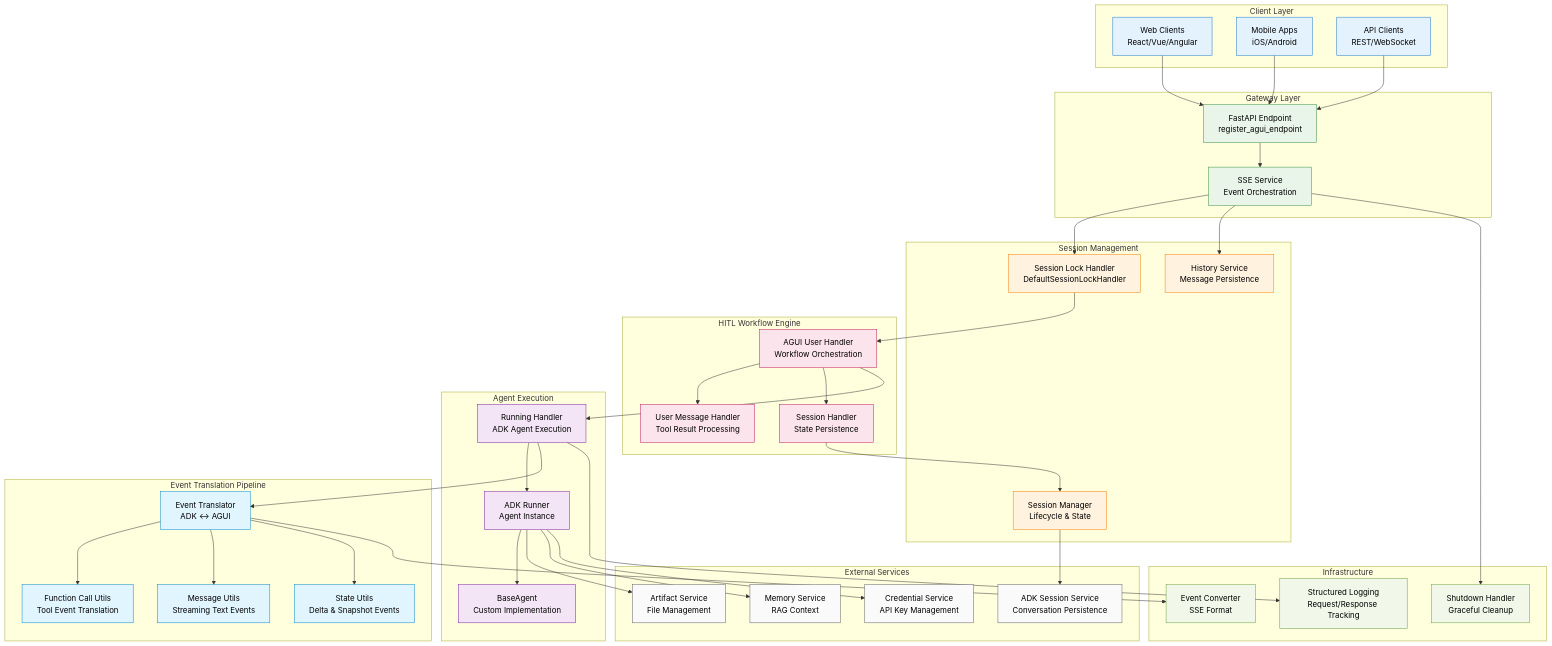
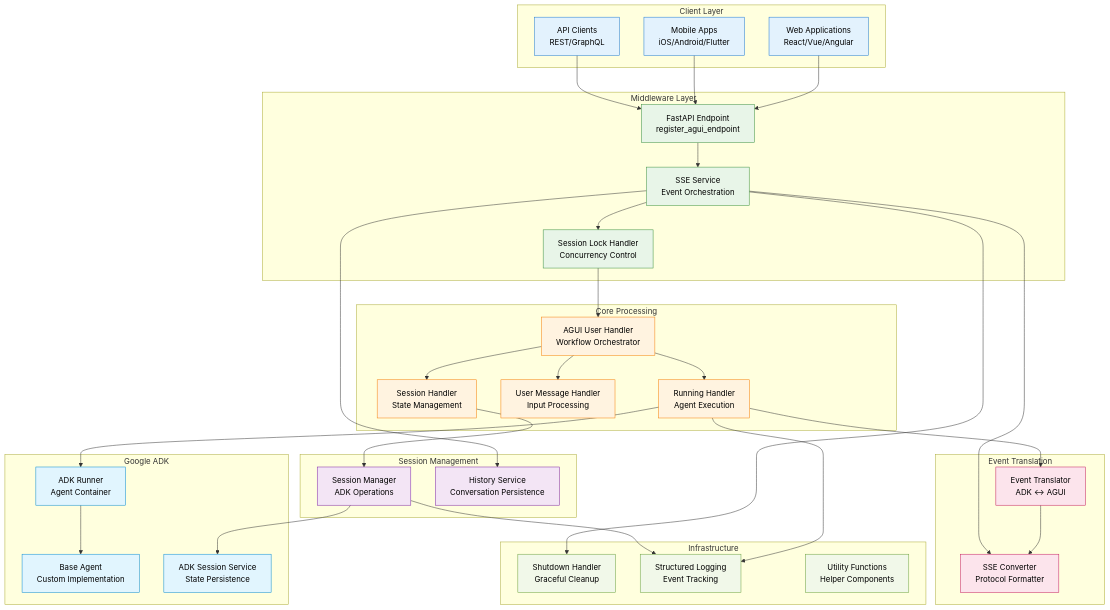
The first of 3 diagrams in README.md (trendmicro/adk-agui-middleware), drawn with Mermaid before and after one commit. The commit also changed other lines of this file and 14 other files, not shown here.

Commit message:
refactor: Update import path for convert_agui_event_to_sse function

````diff
--- a/README.md
+++ b/README.md
@@ -46,109 +46,93 @@
 ```mermaid
 graph TB
     subgraph "Client Layer"
-        WEB[Web Clients<br/>React/Vue/Angular]
-        MOB[Mobile Apps<br/>iOS/Android]
-        API[API Clients<br/>REST/WebSocket]
+        WEB[Web Applications<br/>React/Vue/Angular]
+        MOBILE[Mobile Apps<br/>iOS/Android/Flutter]
+        API[API Clients<br/>REST/GraphQL]
     end
 
-    subgraph "Gateway Layer"
+    subgraph "Middleware Layer"
         ENDPOINT[FastAPI Endpoint<br/>register_agui_endpoint]
         SSE_SVC[SSE Service<br/>Event Orchestration]
+        LOCK[Session Lock Handler<br/>Concurrency Control]
+    end
+
+    subgraph "Core Processing"
+        AGUI_USER[AGUI User Handler<br/>Workflow Orchestrator]
+        RUNNING[Running Handler<br/>Agent Execution]
+        USER_MSG[User Message Handler<br/>Input Processing]
+        SESSION[Session Handler<br/>State Management]
+    end
+
+    subgraph "Event Translation"
+        TRANSLATOR[Event Translator<br/>ADK ↔ AGUI]
+        CONVERTER[SSE Converter<br/>Protocol Formatter]
     end
 
     subgraph "Session Management"
-        LOCK[Session Lock Handler<br/>DefaultSessionLockHandler]
-        SESS_MGR[Session Manager<br/>Lifecycle & State]
-        HIST_SVC[History Service<br/>Message Persistence]
+        SESS_MGR[Session Manager<br/>ADK Operations]
+        HIST_SVC[History Service<br/>Conversation Persistence]
     end
 
-    subgraph "HITL Workflow Engine"
-        AGUI_USER[AGUI User Handler<br/>Workflow Orchestration]
-        USER_MSG[User Message Handler<br/>Tool Result Processing]
-        SESS_HANDLER[Session Handler<br/>State Persistence]
-    end
-
-    subgraph "Agent Execution"
-        RUN_HANDLER[Running Handler<br/>ADK Agent Execution]
-        RUNNER[ADK Runner<br/>Agent Instance]
-        AGENT[BaseAgent<br/>Custom Implementation]
-    end
-
-    subgraph "Event Translation Pipeline"
-        TRANSLATOR[Event Translator<br/>ADK ↔ AGUI]
-        FUNC_UTIL[Function Call Utils<br/>Tool Event Translation]
-        MSG_UTIL[Message Utils<br/>Streaming Text Events]
-        STATE_UTIL[State Utils<br/>Delta & Snapshot Events]
+    subgraph "Google ADK"
+        RUNNER[ADK Runner<br/>Agent Container]
+        AGENT[Base Agent<br/>Custom Implementation]
+        ADK_SESS[ADK Session Service<br/>State Persistence]
     end
 
     subgraph "Infrastructure"
         SHUTDOWN[Shutdown Handler<br/>Graceful Cleanup]
-        LOGGER[Structured Logging<br/>Request/Response Tracking]
-        CONVERT[Event Converter<br/>SSE Format]
-    end
-
-    subgraph "External Services"
-        ADK_SESS[ADK Session Service<br/>Conversation Persistence]
-        ARTIFACTS[Artifact Service<br/>File Management]
-        MEMORY[Memory Service<br/>RAG Context]
-        CREDS[Credential Service<br/>API Key Management]
+        LOGGER[Structured Logging<br/>Event Tracking]
+        UTILS[Utility Functions<br/>Helper Components]
     end
 
     %% Client connections
     WEB --> ENDPOINT
-    MOB --> ENDPOINT
+    MOBILE --> ENDPOINT
     API --> ENDPOINT
 
-    %% Core flow
+    %% Core processing flow
     ENDPOINT --> SSE_SVC
     SSE_SVC --> LOCK
     LOCK --> AGUI_USER
 
-    %% HITL workflow
+    %% AGUI workflow orchestration
+    AGUI_USER --> RUNNING
     AGUI_USER --> USER_MSG
-    AGUI_USER --> SESS_HANDLER
-    AGUI_USER --> RUN_HANDLER
+    AGUI_USER --> SESSION
 
     %% Agent execution
-    RUN_HANDLER --> RUNNER
+    RUNNING --> RUNNER
     RUNNER --> AGENT
-    RUN_HANDLER --> TRANSLATOR
+    RUNNING --> TRANSLATOR
 
-    %% Event translation
-    TRANSLATOR --> FUNC_UTIL
-    TRANSLATOR --> MSG_UTIL
-    TRANSLATOR --> STATE_UTIL
+    %% Event processing
+    TRANSLATOR --> CONVERTER
+    SSE_SVC --> CONVERTER
 
-    %% Session management
-    SESS_HANDLER --> SESS_MGR
+    %% Session operations
+    SESSION --> SESS_MGR
     SESS_MGR --> ADK_SESS
     SSE_SVC --> HIST_SVC
 
     %% Infrastructure
     SSE_SVC --> SHUTDOWN
-    RUN_HANDLER --> LOGGER
-    TRANSLATOR --> CONVERT
-
-    %% External services
-    RUNNER --> ARTIFACTS
-    RUNNER --> MEMORY
-    RUNNER --> CREDS
+    RUNNING --> LOGGER
+    SESS_MGR --> LOGGER
 
     classDef client fill:#e3f2fd,color:#000,stroke:#1976d2
-    classDef gateway fill:#e8f5e8,color:#000,stroke:#388e3c
-    classDef session fill:#fff3e0,color:#000,stroke:#f57c00
-    classDef workflow fill:#fce4ec,color:#000,stroke:#c2185b
-    classDef execution fill:#f3e5f5,color:#000,stroke:#7b1fa2
-    classDef translation fill:#e1f5fe,color:#000,stroke:#0288d1
+    classDef middleware fill:#e8f5e8,color:#000,stroke:#388e3c
+    classDef core fill:#fff3e0,color:#000,stroke:#f57c00
+    classDef translation fill:#fce4ec,color:#000,stroke:#c2185b
+    classDef session fill:#f3e5f5,color:#000,stroke:#7b1fa2
+    classDef adk fill:#e1f5fe,color:#000,stroke:#0288d1
     classDef infra fill:#f1f8e9,color:#000,stroke:#689f38
-    classDef external fill:#fafafa,color:#000,stroke:#616161
 
-    class WEB,MOB,API client
-    class ENDPOINT,SSE_SVC gateway
-    class LOCK,SESS_MGR,HIST_SVC session
-    class AGUI_USER,USER_MSG,SESS_HANDLER workflow
-    class RUN_HANDLER,RUNNER,AGENT execution
-    class TRANSLATOR,FUNC_UTIL,MSG_UTIL,STATE_UTIL translation
-    class SHUTDOWN,LOGGER,CONVERT infra
-    class ADK_SESS,ARTIFACTS,MEMORY,CREDS external
+    class WEB,MOBILE,API client
+    class ENDPOINT,SSE_SVC,LOCK middleware
+    class AGUI_USER,RUNNING,USER_MSG,SESSION core
+    class TRANSLATOR,CONVERTER translation
+    class SESS_MGR,HIST_SVC session
+    class RUNNER,AGENT,ADK_SESS adk
+    class SHUTDOWN,LOGGER,UTILS infra
 ```
````
